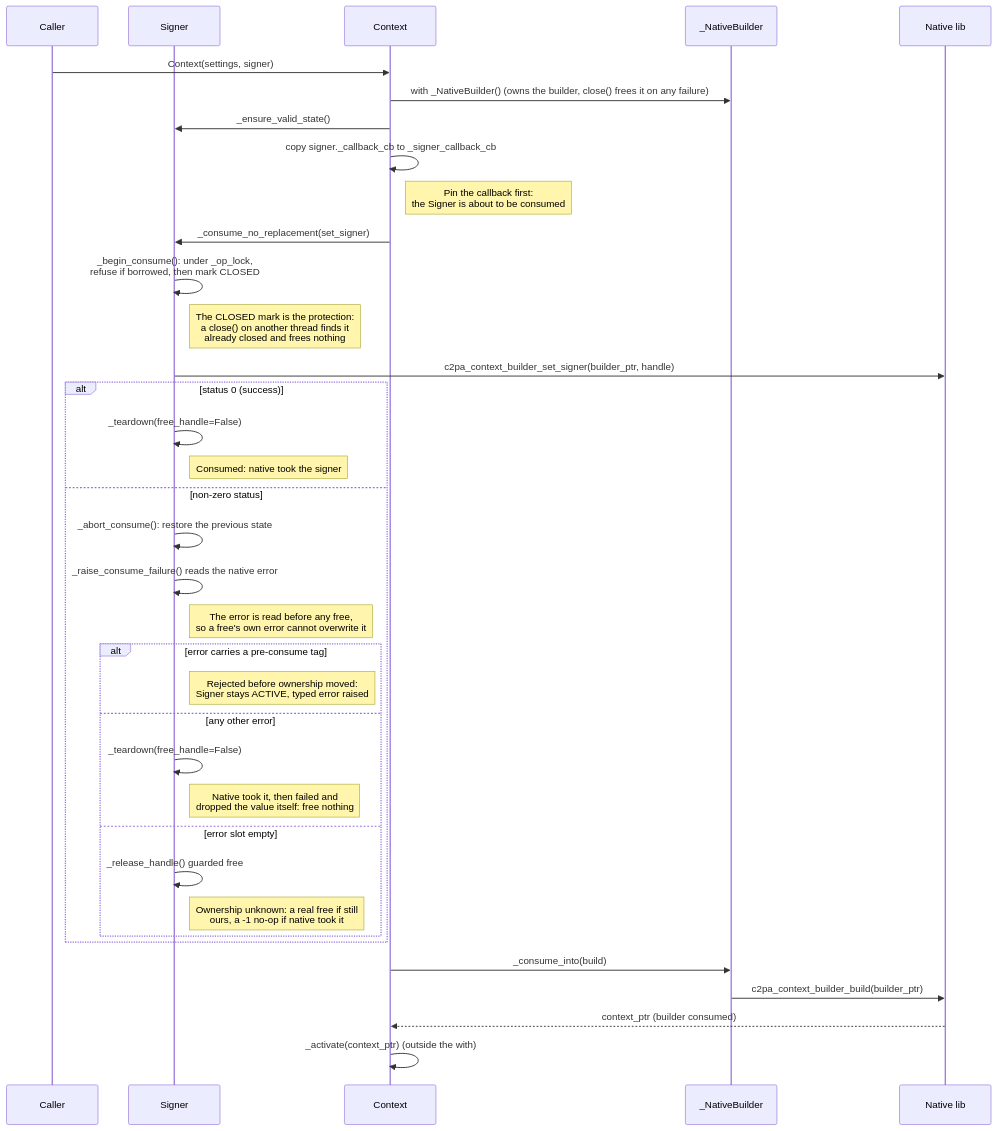
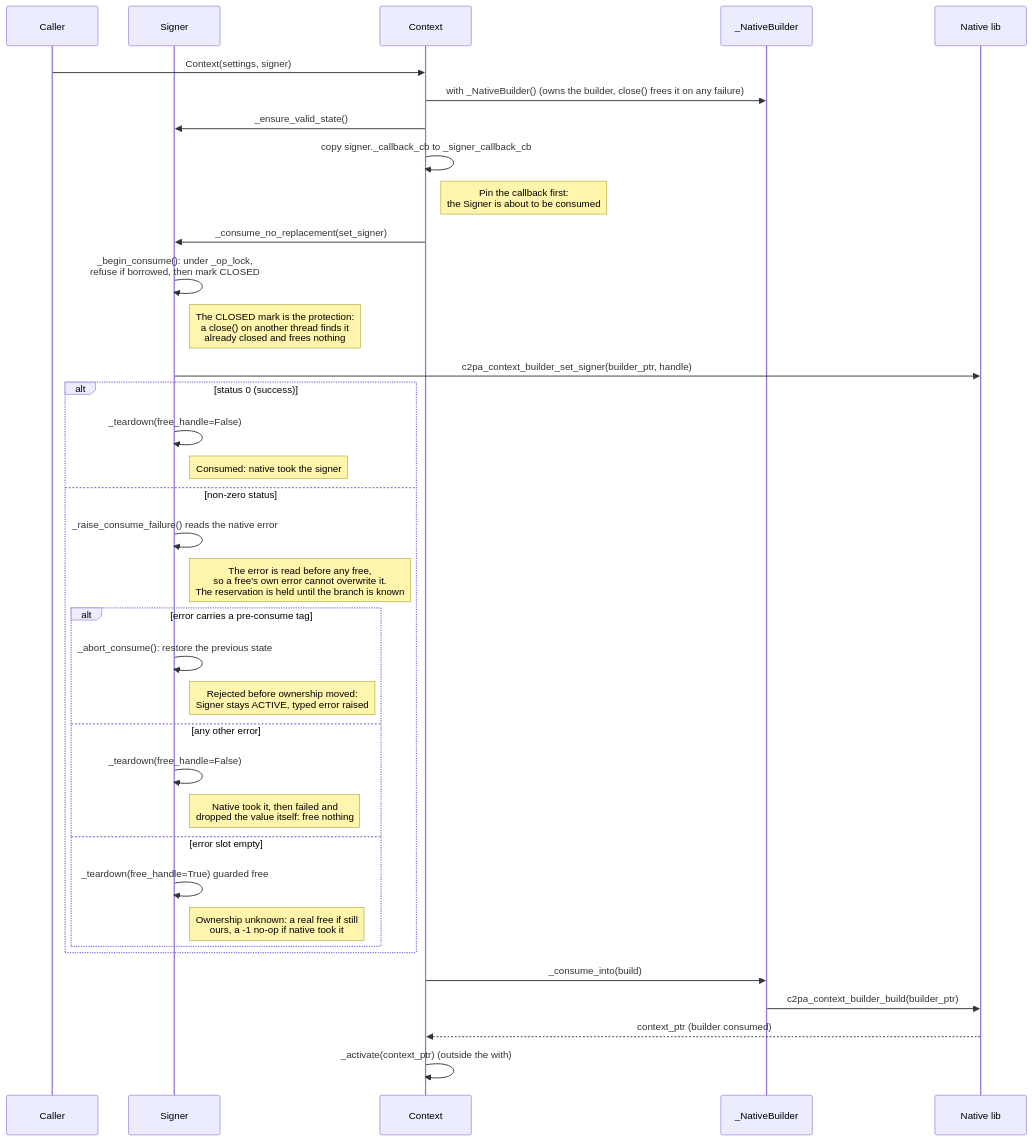
Before and after one commit to contentauth/c2pa-python: the seventh of 10 diagrams in docs/native-resources-management.md, drawn with Mermaid. The commit also changed other lines of this file and 1 other file, not shown here.

````diff
--- a/docs/native-resources-management.md
+++ b/docs/native-resources-management.md
@@ -503,41 +509,41 @@
 ```mermaid
 sequenceDiagram
     participant C as Caller
     participant S as Signer
     participant X as Context
     participant B as _NativeBuilder
     participant N as Native lib
 
     C->>X: Context(settings, signer)
     X->>B: with _NativeBuilder() (owns the builder, close() frees it on any failure)
     X->>S: _ensure_valid_state()
     X->>X: copy signer._callback_cb to _signer_callback_cb
     Note right of X: Pin the callback first:<br/>the Signer is about to be consumed
     X->>S: _consume_no_replacement(set_signer)
     S->>S: _begin_consume(): under _op_lock,<br/>refuse if borrowed, then mark CLOSED
     Note right of S: The CLOSED mark is the protection:<br/>a close() on another thread finds it<br/>already closed and frees nothing
     S->>N: c2pa_context_builder_set_signer(builder_ptr, handle)
 
     alt status 0 (success)
         S->>S: _teardown(free_handle=False)
         Note right of S: Consumed: native took the signer
     else non-zero status
-        S->>S: _abort_consume(): restore the previous state
         S->>S: _raise_consume_failure() reads the native error
-        Note right of S: The error is read before any free,<br/>so a free's own error cannot overwrite it
+        Note right of S: The error is read before any free,<br/>so a free's own error cannot overwrite it.<br/>The reservation is held until the branch is known
         alt error carries a pre-consume tag
+            S->>S: _abort_consume(): restore the previous state
             Note right of S: Rejected before ownership moved:<br/>Signer stays ACTIVE, typed error raised
         else any other error
             S->>S: _teardown(free_handle=False)
             Note right of S: Native took it, then failed and<br/>dropped the value itself: free nothing
         else error slot empty
-            S->>S: _release_handle() guarded free
+            S->>S: _teardown(free_handle=True) guarded free
             Note right of S: Ownership unknown: a real free if still<br/>ours, a -1 no-op if native took it
         end
     end
 
     X->>B: _consume_into(build)
     B->>N: c2pa_context_builder_build(builder_ptr)
     N-->>X: context_ptr (builder consumed)
     X->>X: _activate(context_ptr) (outside the with)
 ```
````
